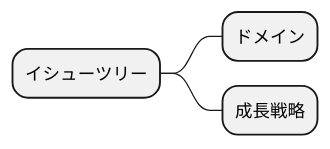
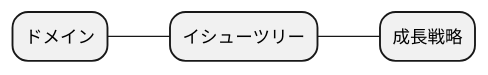
Before and after one commit to k2works/case-sutudy-business-analysis: the seventh of 16 diagrams in docs/case/r0X_case_X.adoc, drawn with PlantUML. The commit also changed other lines of this file and 2 other files, not shown here.

```diff
--- a/docs/case/r0X_case_X.adoc
+++ b/docs/case/r0X_case_X.adoc
@@ -143,10 +143,12 @@
 [plantuml]
 ----
 @startmindmap
 
 * イシューツリー
+left side
 ** ドメイン
+right side
 ** 成長戦略
 
 @endmindmap
 ----
```
